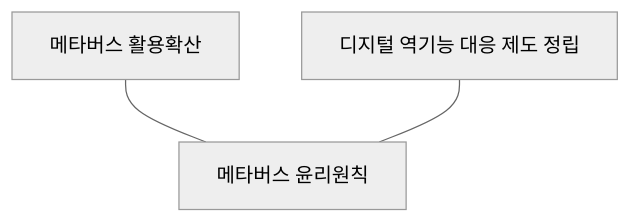
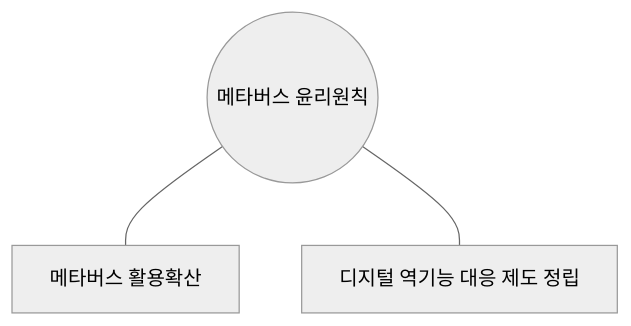
Before and after one commit to gracefullight/gracefullight.github.io: the first of 3 diagrams in blog/pe/conv/ethics-guidelines-for-metaverse.md, drawn with Mermaid (neutral theme). The commit also changed other lines of this file and 16 other files, not shown here.

````diff
--- a/blog/pe/conv/ethics-guidelines-for-metaverse.md
+++ b/blog/pe/conv/ethics-guidelines-for-metaverse.md
@@ -14,6 +14,6 @@
 ```mermaid
-graph BT
-  메타버스윤리원칙[메타버스 윤리원칙]
+graph TB
+  메타버스윤리원칙((메타버스 윤리원칙))
   메타버스윤리원칙 --- 메타버스활용확산[메타버스 활용확산]
   메타버스윤리원칙 --- 디지털역기능대응[디지털 역기능 대응 제도 정립]
 ```
````
